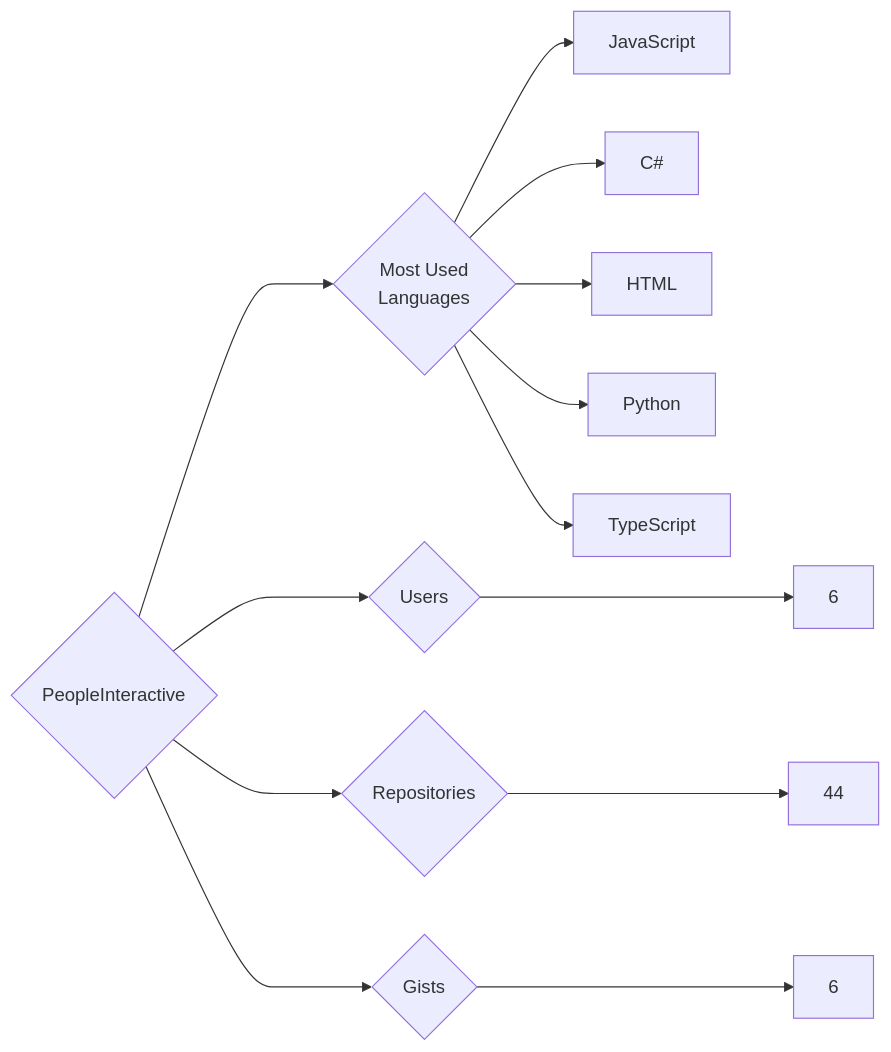
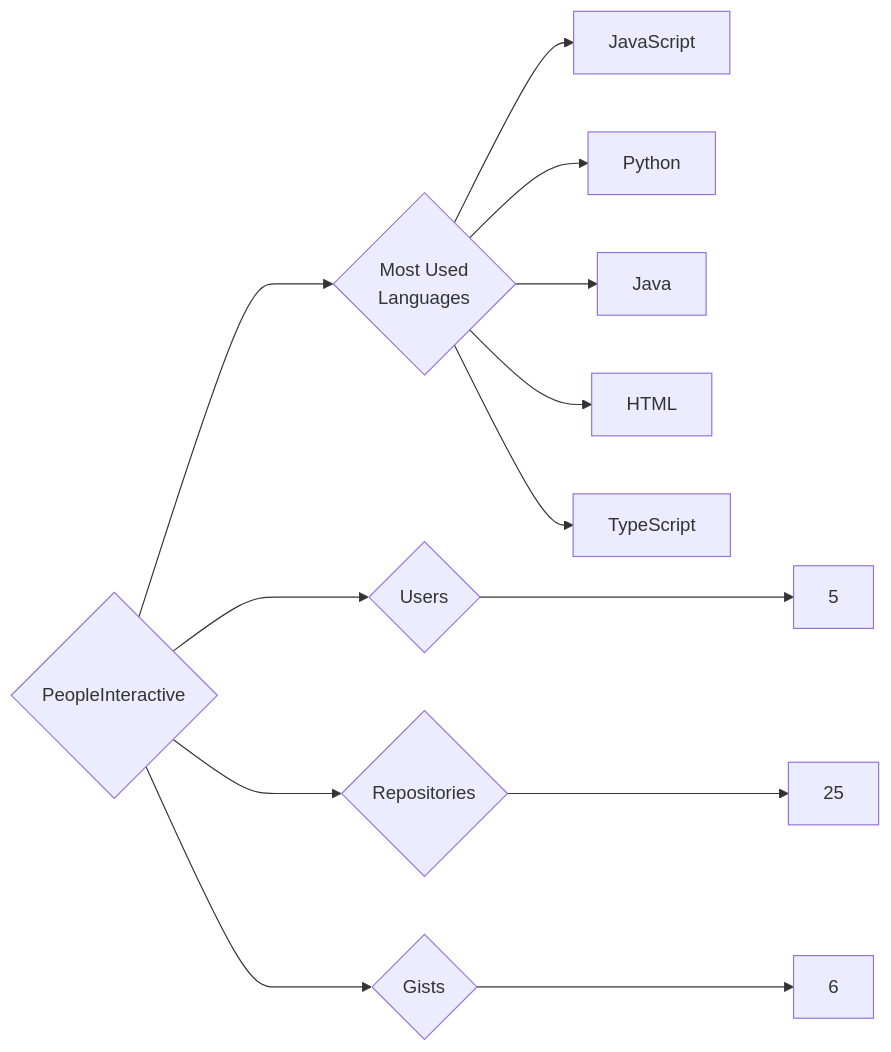
Before and after one commit to trickest/insiders: the diagram in targets/PeopleInteractive/README.md, drawn with Mermaid. The commit also changed 928 other files, not shown here.

````diff
--- a/targets/PeopleInteractive/README.md
+++ b/targets/PeopleInteractive/README.md
@@ -3,13 +3,13 @@
 ```mermaid
 graph LR
 COMPANY_NAME{PeopleInteractive}
-COMPANY_NAME ---> U{Users} ---> UN[6]
-COMPANY_NAME ---> R{Repositories} ---> RN[44]
+COMPANY_NAME ---> U{Users} ---> UN[5]
+COMPANY_NAME ---> R{Repositories} ---> RN[25]
 COMPANY_NAME ---> G{Gists} ---> GN[6]
 COMPANY_NAME ---> ML{Most Used<br>Languages}
 ML --> JavaScript[JavaScript]
-ML --> C#[C#]
+ML --> Python[Python]
+ML --> Java[Java]
 ML --> HTML[HTML]
-ML --> Python[Python]
 ML --> TypeScript[TypeScript]
 ```
````
